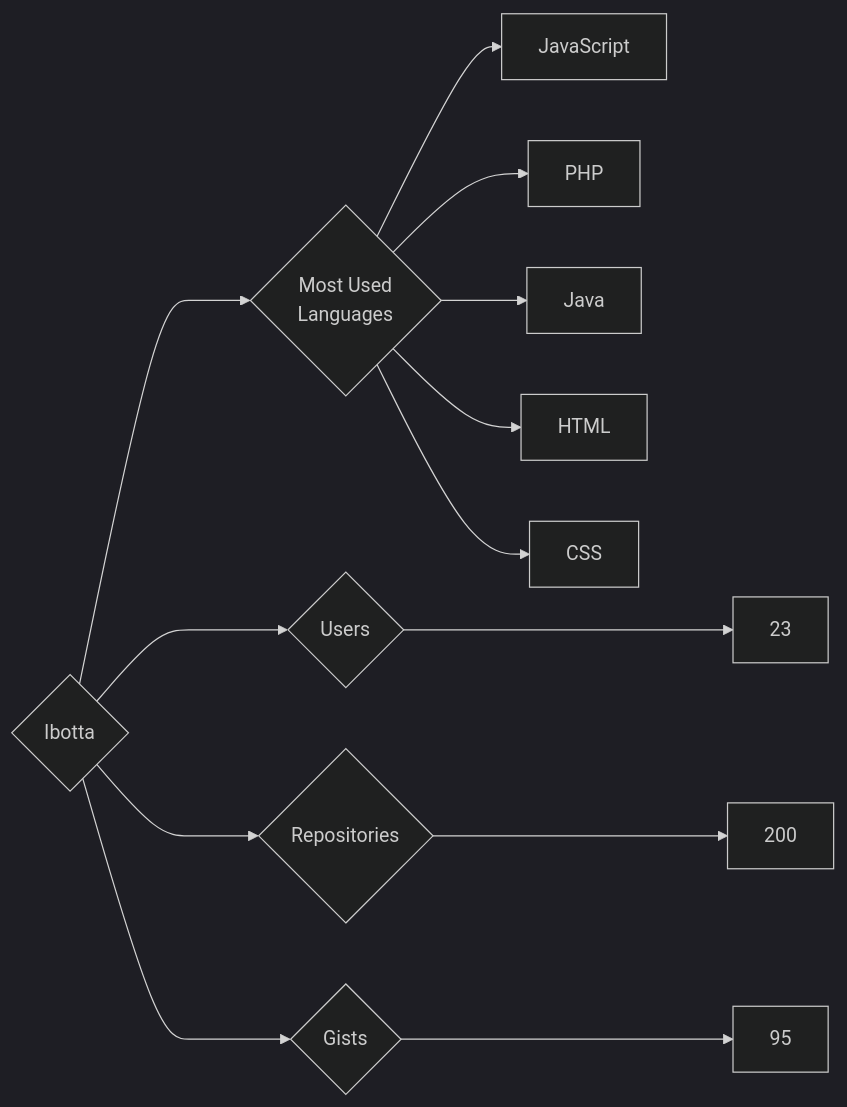
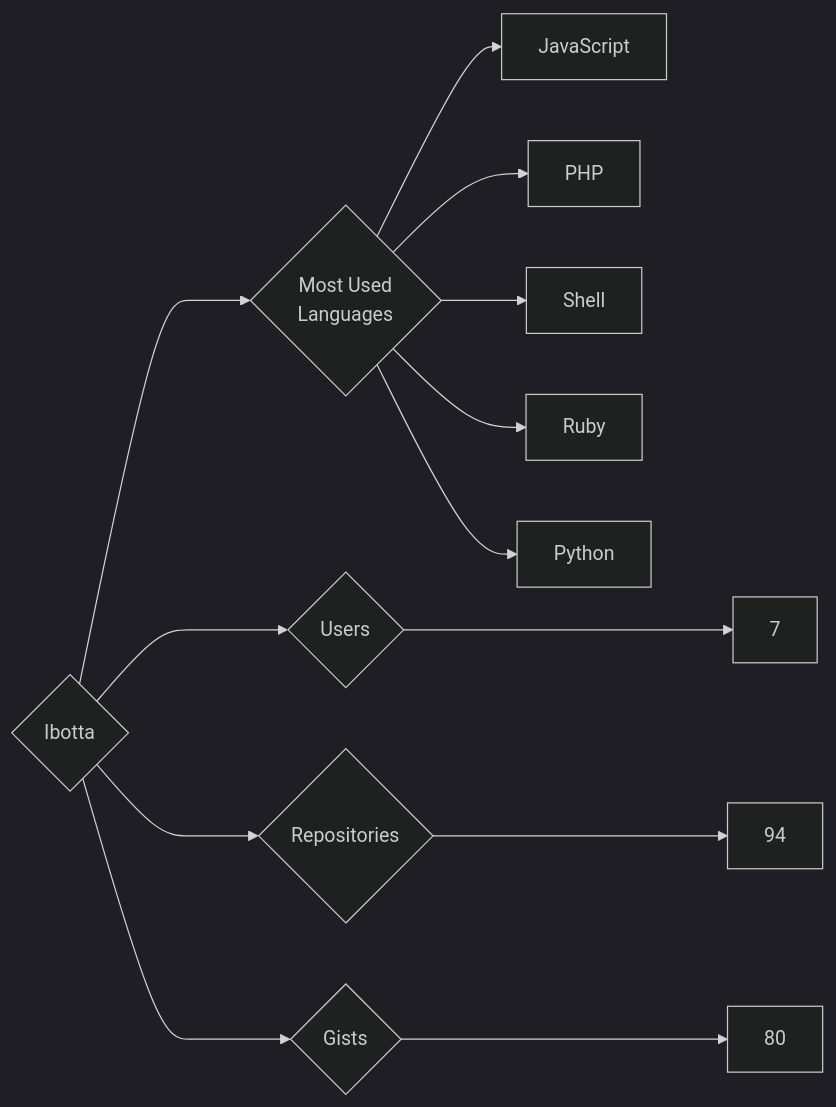
Before and after one commit to trickest/insiders: the diagram in targets/Ibotta/README.md, drawn with Mermaid (dark theme). The commit also changed 757 other files, not shown here.

````diff
--- a/targets/Ibotta/README.md
+++ b/targets/Ibotta/README.md
@@ -3,13 +3,13 @@
 ```mermaid
 graph LR
 COMPANY_NAME{Ibotta}
-COMPANY_NAME ---> U{Users} ---> UN[23]
-COMPANY_NAME ---> R{Repositories} ---> RN[200]
-COMPANY_NAME ---> G{Gists} ---> GN[95]
+COMPANY_NAME ---> U{Users} ---> UN[7]
+COMPANY_NAME ---> R{Repositories} ---> RN[94]
+COMPANY_NAME ---> G{Gists} ---> GN[80]
 COMPANY_NAME ---> ML{Most Used<br>Languages}
 ML --> JavaScript[JavaScript]
 ML --> PHP[PHP]
-ML --> Java[Java]
-ML --> HTML[HTML]
-ML --> CSS[CSS]
+ML --> Shell[Shell]
+ML --> Ruby[Ruby]
+ML --> Python[Python]
 ```
````
